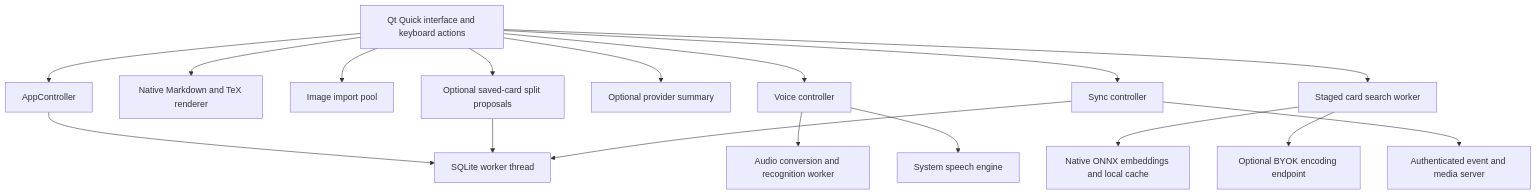
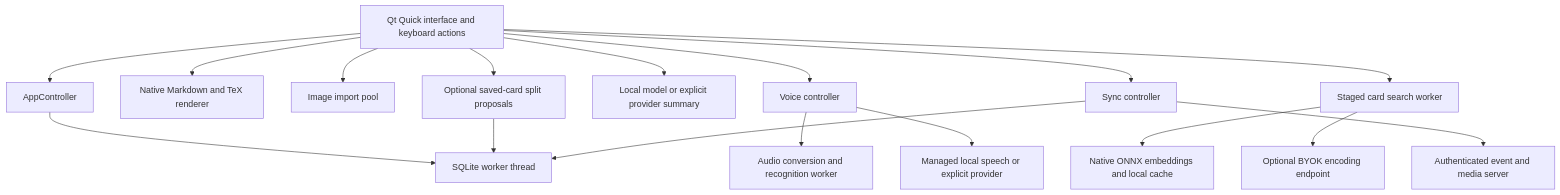
Before and after one commit to memphis242/betterflash: the diagram in docs/architecture.md, drawn with Mermaid. The commit also changed other lines of this file and 46 other files, not shown here.

Commit message:
Add local model defaults and inline Settings configuration

````diff
--- a/docs/architecture.md
+++ b/docs/architecture.md
@@ -3,19 +3,19 @@
 ```mermaid
 flowchart TB
     UI[Qt Quick interface and keyboard actions] --> Controller[AppController]
     Controller --> Database[SQLite worker thread]
     UI --> Renderer[Native Markdown and TeX renderer]
     UI --> Media[Image import pool]
     UI --> Voice[Voice controller]
     Voice --> Audio[Audio conversion and recognition worker]
-    Voice --> Speech[System speech engine]
-    UI --> Summary[Optional provider summary]
+    Voice --> Speech[Managed local speech or explicit provider]
+    UI --> Summary[Local model or explicit provider summary]
     UI --> Search[Staged card search worker]
     Search --> Embeddings[Native ONNX embeddings and local cache]
     Search --> Encoding[Optional BYOK encoding endpoint]
     UI --> Atomicize[Optional saved-card split proposals]
     Atomicize --> Database
     UI --> Sync[Sync controller]
     Sync --> Database
     Sync --> Server[Authenticated event and media server]
 ```
````
